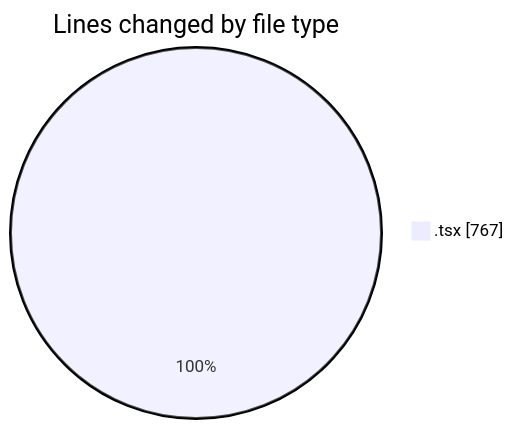
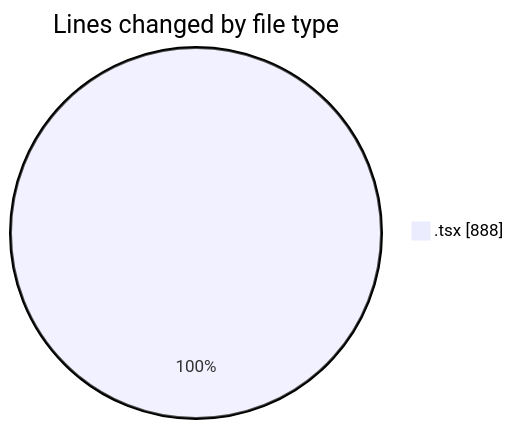
One commit to momahboobian/code-tracking changed the first of 2 diagrams in 2025-07-11/cda/README.md. Above: the diagram before and after it, drawn with Mermaid. The commit also changed other lines of this file and 1 other file, not shown here.

````diff
--- a/2025-07-11/cda/README.md
+++ b/2025-07-11/cda/README.md
@@ -21,5 +22,5 @@
 ```mermaid
 pie showData
 title Lines changed by file type
-".tsx" : 767
+".tsx" : 888
 ```
````
